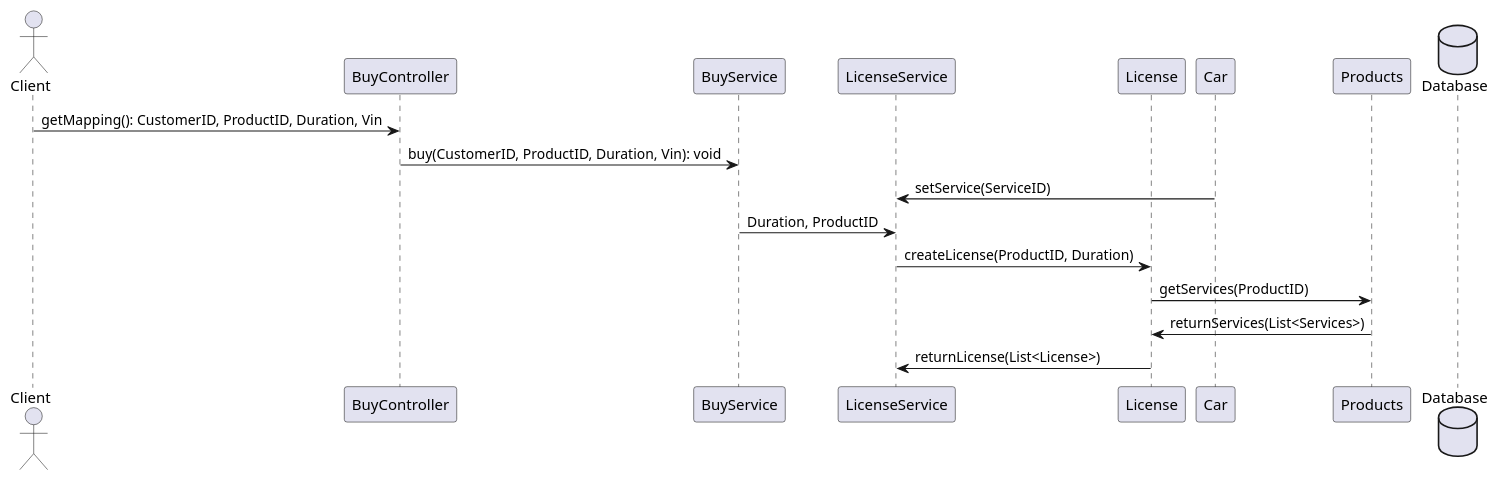
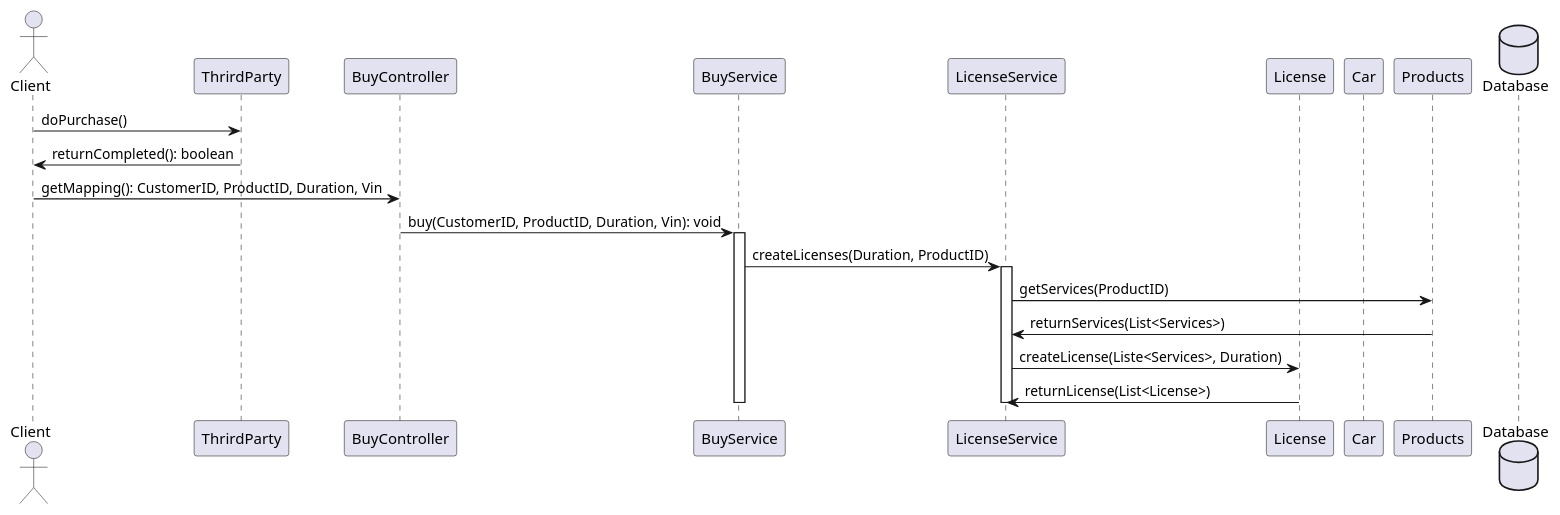
One commit to ljbg1996/car-backend changed the diagram in SequenceBuy_1.puml. Above: the diagram before and after it, drawn with PlantUML.

Commit message:
change done

```diff
--- a/SequenceBuy_1.puml
+++ b/SequenceBuy_1.puml
@@ -1,29 +1,39 @@
 @startuml
 'https://plantuml.com/sequence-diagram
 
 actor Client as c
+participant ThrirdParty as tp
 participant BuyController as co
 participant BuyService as s
 'participant LicenseController as lc
 participant LicenseService as ls
 participant License as l
 participant Car as ca
 participant Products as p
 database Database as db
 
+c->tp : doPurchase()
+tp->c : returnCompleted(): boolean
+
 c -> co: getMapping(): CustomerID, ProductID, Duration, Vin
+
 co-> s: buy(CustomerID, ProductID, Duration, Vin): void
+activate s
 's -> ca: setProduct(ProductId, Vin)
-ca -> ls: setService(ServiceID)
+'ca -> ls: setService(ServiceID)
 
-s-> ls: Duration, ProductID
-ls->  l: createLicense(ProductID, Duration)
-l->p: getServices(ProductID)
-p->l: returnServices(List<Services>)
+s-> ls: createLicenses(Duration, ProductID)
+activate ls
+ls->p: getServices(ProductID)
+p->ls: returnServices(List<Services>)
+
+ls->  l: createLicense(Liste<Services>, Duration)
+
 l->ls: returnLicense(List<License>)
-
+deactivate ls
+deactivate s
 
 
 
 
 @enduml
```
